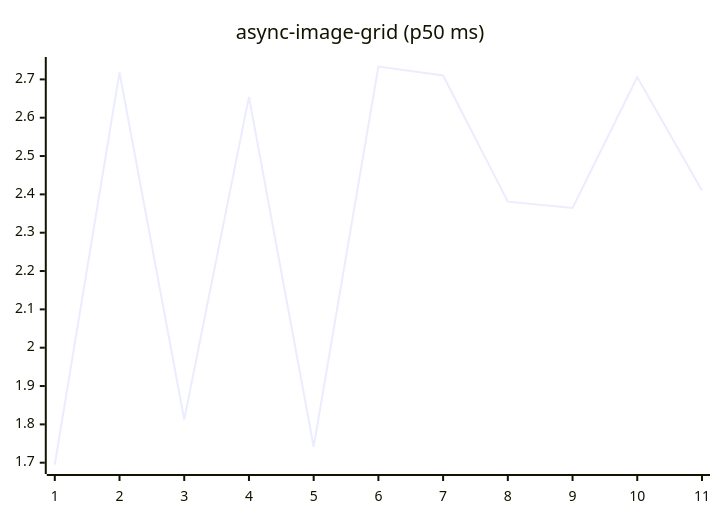
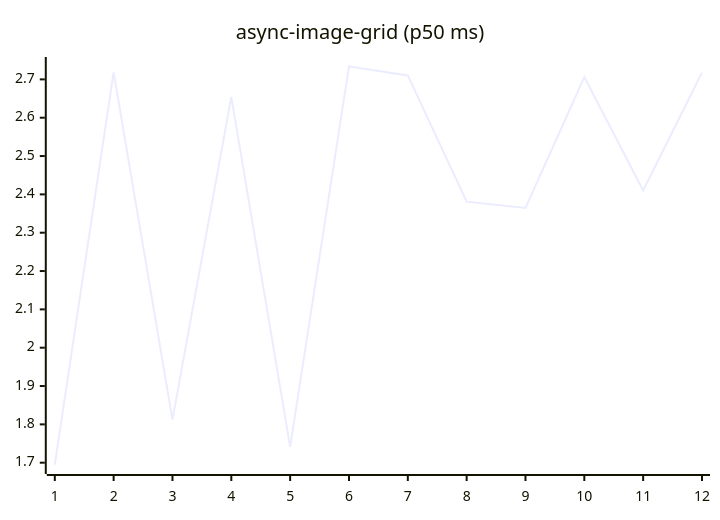
The fifth of 27 diagrams in README.md (josha/Facet), drawn with Mermaid before and after one commit. The commit also changed other lines of this file and 2 other files, not shown here.

````diff
--- a/README.md
+++ b/README.md
@@ -91,6 +91,6 @@
 ```mermaid
 xychart-beta
     title "async-image-grid (p50 ms)"
-    x-axis 1 --> 11
-    line [1.6953, 2.7184, 1.8124, 2.6543, 1.7415, 2.7336, 2.7103, 2.3810, 2.3646, 2.7059, 2.4103]
+    x-axis 1 --> 12
+    line [1.6953, 2.7184, 1.8124, 2.6543, 1.7415, 2.7336, 2.7103, 2.3810, 2.3646, 2.7059, 2.4103, 2.7175]
 ```
````
